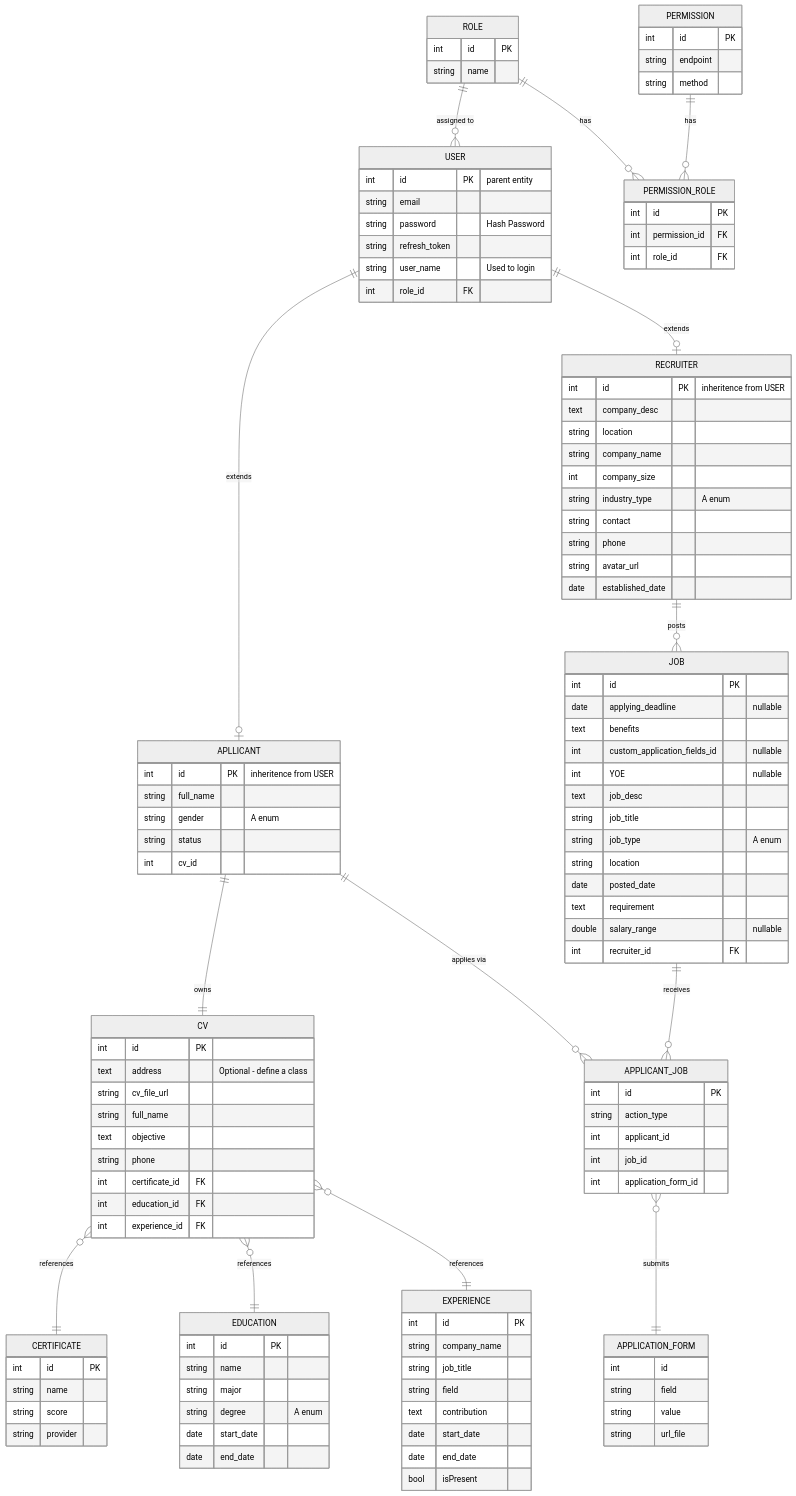
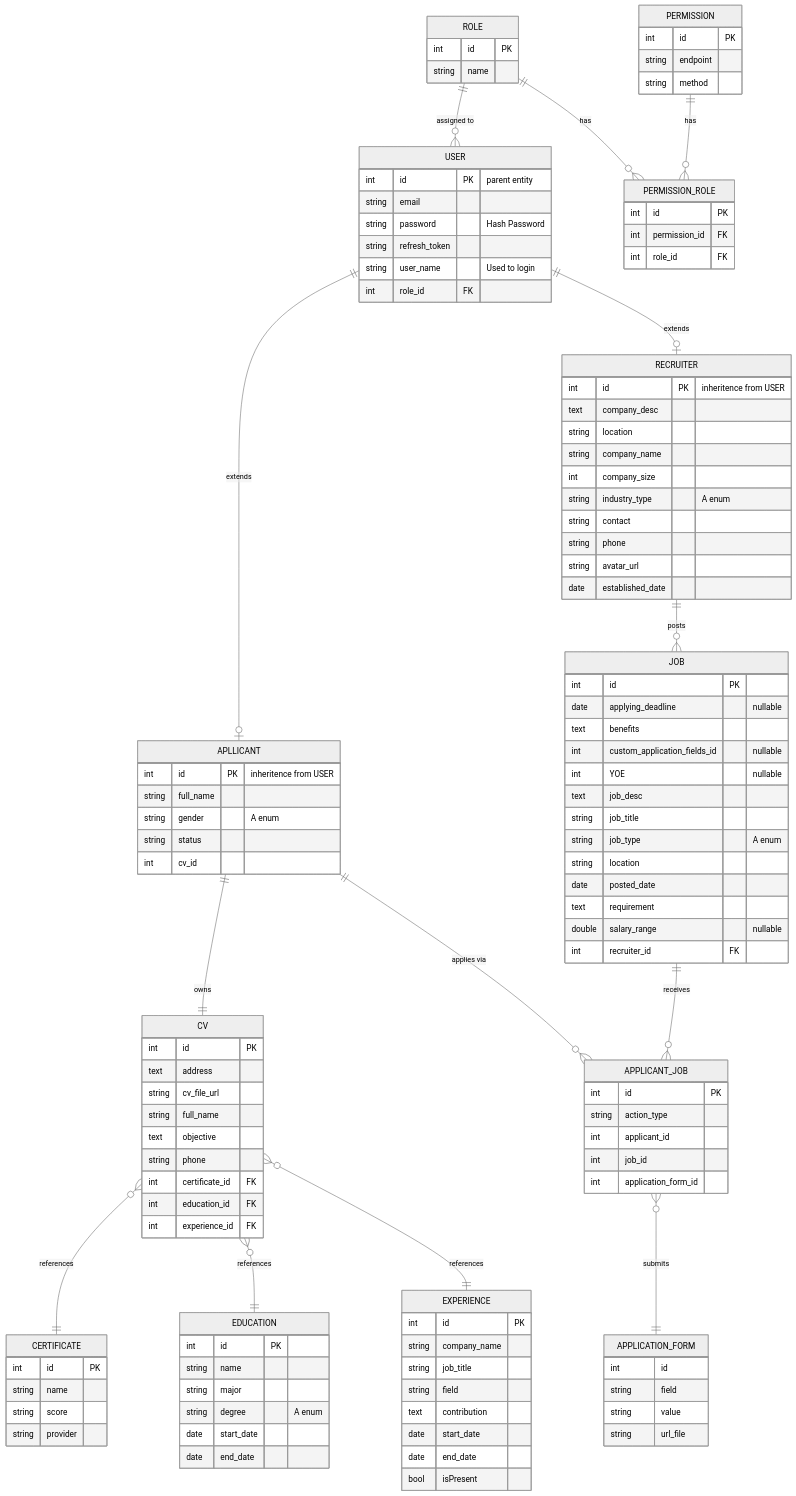
One commit to trananhtuuuuuuuu/recommendation-web changed the diagram in erd.md. Above: the diagram before and after it, drawn with Mermaid (neutral theme). The commit also changed other lines of this file and 42 other files, not shown here.

```diff
--- a/erd.md
+++ b/erd.md
@@ -35,7 +35,7 @@
 
     CV {
         int id PK
-        text address "Optional - define a class"
+        text address 
         string cv_file_url
         string full_name
         text objective
```
